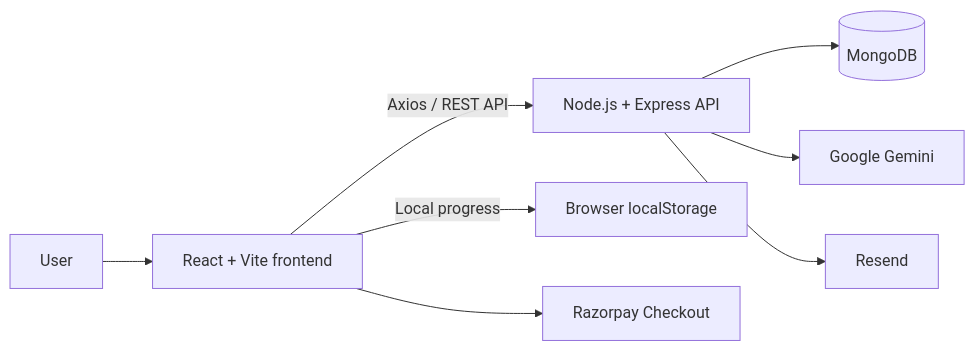
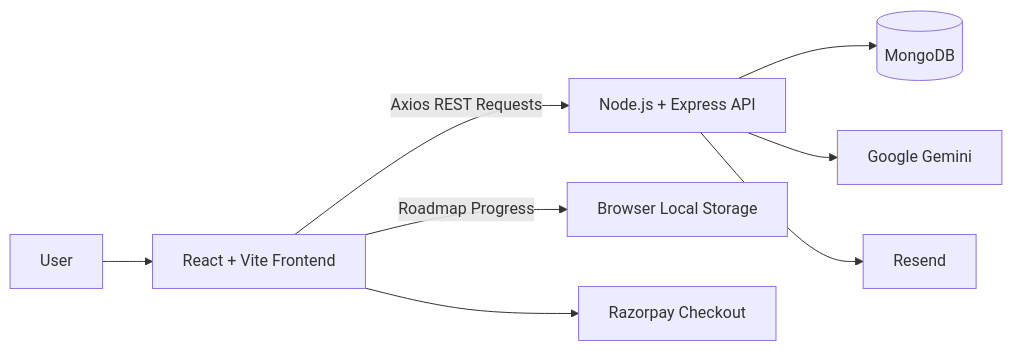
Before and after one commit to sonukumawat-sde/entreskill-hub: the diagram in README.md, drawn with Mermaid. The commit also changed other lines of this file, not shown here.

````diff
--- a/README.md
+++ b/README.md
@@ -22,10 +44,10 @@
 ```mermaid
 flowchart LR
-    U[User] --> F[React + Vite frontend]
-    F -->|Axios / REST API| B[Node.js + Express API]
-    F -->|Local progress| L[Browser localStorage]
+    U[User] --> F[React + Vite Frontend]
+    F -->|Axios REST Requests| B[Node.js + Express API]
+    F -->|Roadmap Progress| L[Browser Local Storage]
     B --> M[(MongoDB)]
     B --> G[Google Gemini]
     B --> R[Resend]
     F --> P[Razorpay Checkout]
 ```
````
